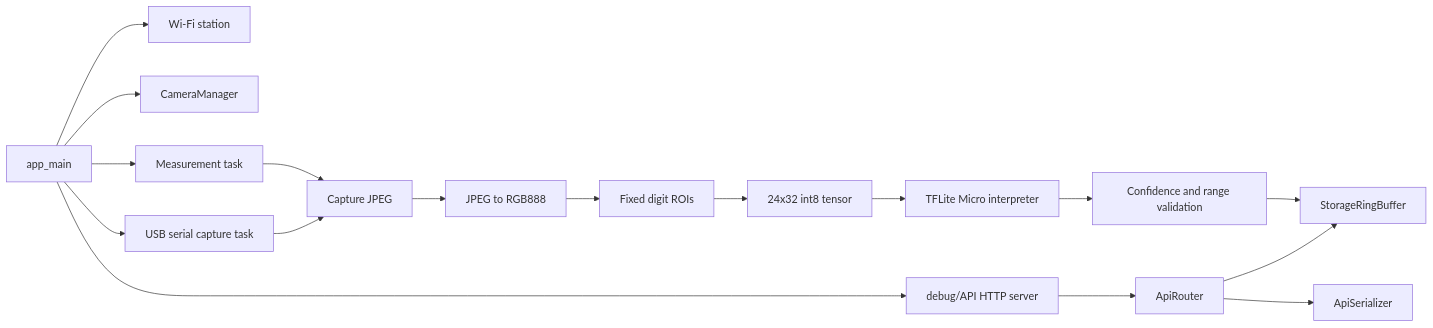
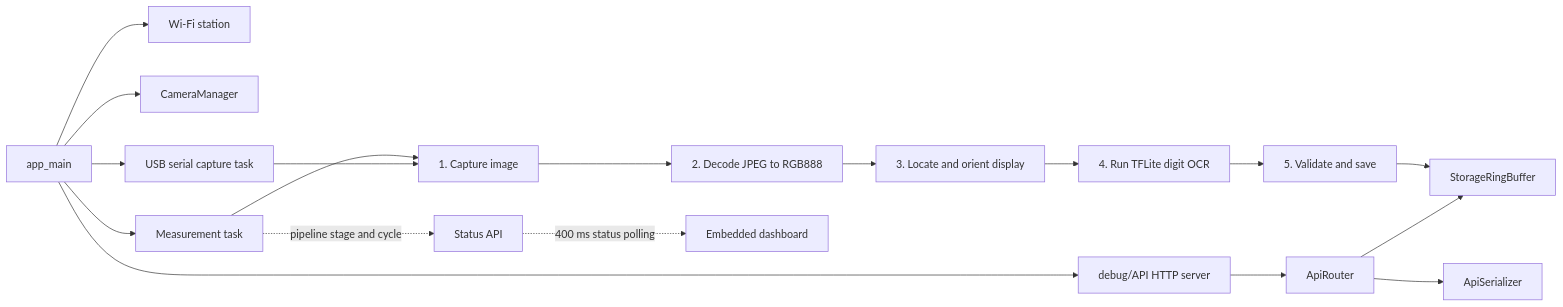
Before and after one commit to marcelpetrick/esp32-fever-dream: the third of 5 diagrams in documents/05_ARCHITECTURE.md, drawn with Mermaid. The commit also changed 19 other files, not shown here.

````diff
--- a/documents/05_ARCHITECTURE.md
+++ b/documents/05_ARCHITECTURE.md
@@ -66,20 +66,21 @@
 ```mermaid
 flowchart LR
     Boot[app_main] --> Wifi[Wi-Fi station]
     Boot --> Camera[CameraManager]
     Boot --> Server[debug/API HTTP server]
     Boot --> Serial[USB serial capture task]
     Boot --> Task[Measurement task]
 
-    Task --> Capture[Capture JPEG]
-    Capture --> Decode[JPEG to RGB888]
-    Decode --> Roi[Fixed digit ROIs]
-    Roi --> Tensor[24x32 int8 tensor]
-    Tensor --> TFLM[TFLite Micro interpreter]
-    TFLM --> Validate[Confidence and range validation]
+    Task --> Capture[1. Capture image]
+    Capture --> Decode[2. Decode JPEG to RGB888]
+    Decode --> Locate[3. Locate and orient display]
+    Locate --> OCR[4. Run TFLite digit OCR]
+    OCR --> Validate[5. Validate and save]
     Validate --> Buffer[StorageRingBuffer]
+    Task -. pipeline stage and cycle .-> API[Status API]
+    API -. 400 ms status polling .-> Web[Embedded dashboard]
     Server --> Router[ApiRouter]
     Serial --> Capture
     Router --> Buffer
     Router --> Json[ApiSerializer]
 ```
````
